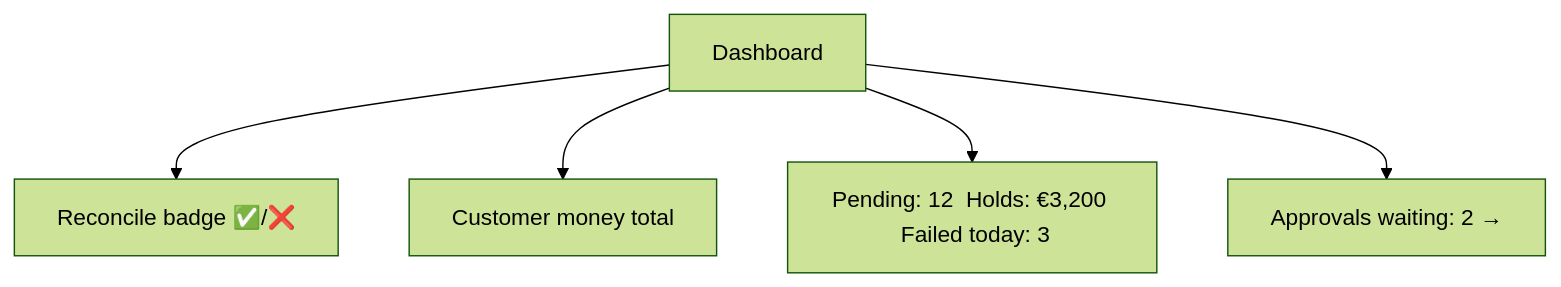
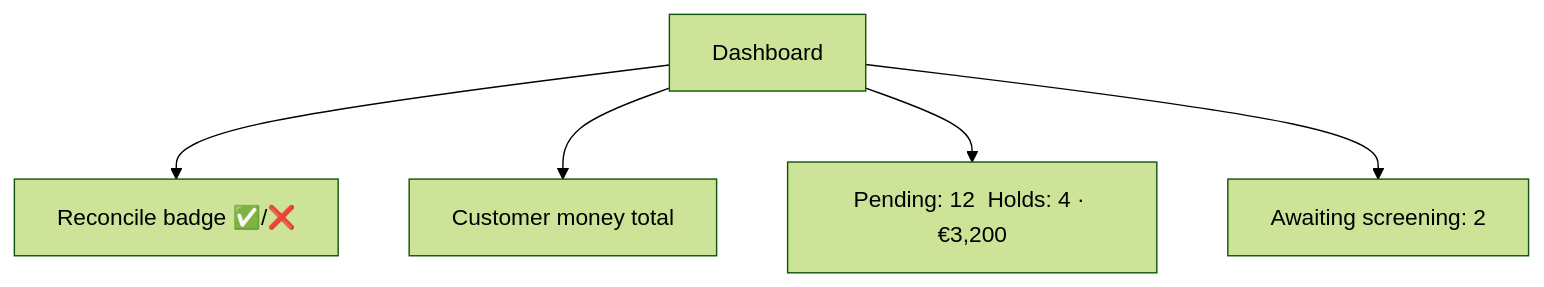
The diagram in docs/05-admin-ui.md (minhtt159/bank0), drawn with Mermaid (forest theme) before and after one commit. The commit also changed other lines of this file and 24 other files, not shown here.

````diff
--- a/docs/05-admin-ui.md
+++ b/docs/05-admin-ui.md
@@ -96,7 +98,7 @@
 ```mermaid
 graph TD
     D[Dashboard] --> R[Reconcile badge ✅/❌]
     D --> M[Customer money total]
-    D --> Q[Pending: 12  Holds: €3,200  Failed today: 3]
-    D --> A[Approvals waiting: 2 →]
+    D --> Q[Pending: 12  Holds: 4 · €3,200]
+    D --> A[Awaiting screening: 2]
 ```
````
